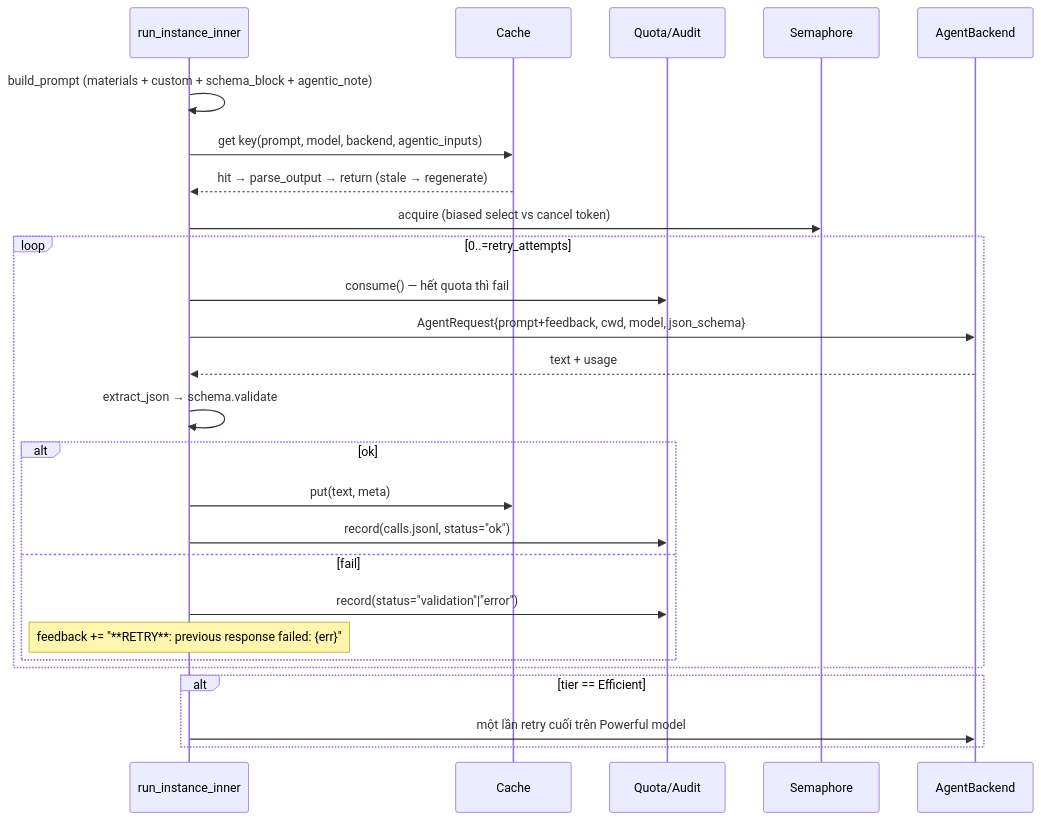
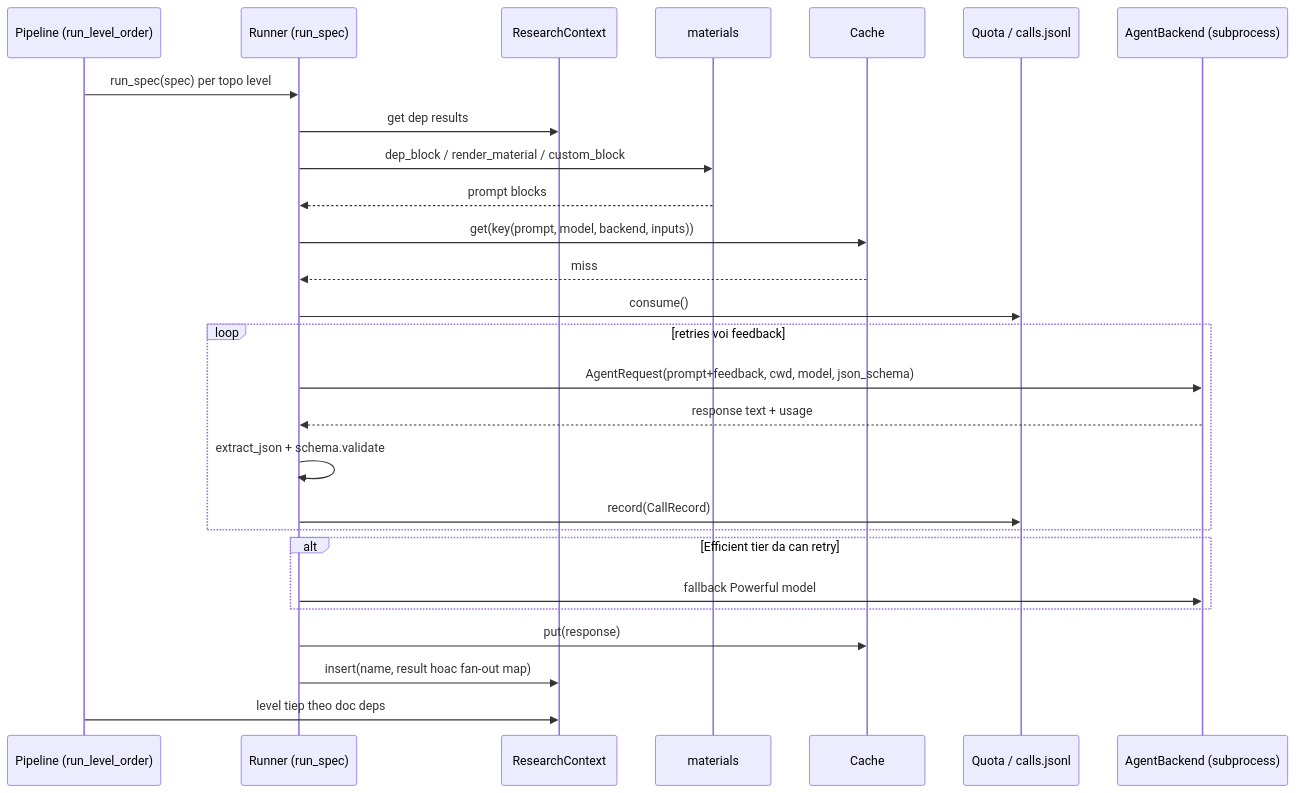
Before and after one commit to tidusvn05/agentwiki: the third of 3 diagrams in docs/vi/4.Deep-Exploration/Agent Orchestration & Analysis.md, drawn with Mermaid. The commit also changed other lines of this file and 10 other files, not shown here.

````diff
--- a/docs/vi/4.Deep-Exploration/Agent Orchestration & Analysis.md
+++ b/docs/vi/4.Deep-Exploration/Agent Orchestration & Analysis.md
@@ -96,28 +122,30 @@
 ```mermaid
 sequenceDiagram
-  participant R as run_instance_inner
-  participant C as Cache
-  participant Q as Quota/Audit
-  participant S as Semaphore
-  participant B as AgentBackend
-  R->>R: build_prompt (materials + custom + schema_block + agentic_note)
-  R->>C: get key(prompt, model, backend, agentic_inputs)
-  C-->>R: hit → parse_output → return (stale → regenerate)
-  R->>S: acquire (biased select vs cancel token)
-  loop 0..=retry_attempts
-    R->>Q: consume() — hết quota thì fail
-    R->>B: AgentRequest{prompt+feedback, cwd, model, json_schema}
-    B-->>R: text + usage
-    R->>R: extract_json → schema.validate
-    alt ok
-      R->>C: put(text, meta)
-      R->>Q: record(calls.jsonl, status="ok")
-    else fail
-      R->>Q: record(status="validation"|"error")
-      Note over R: feedback += "**RETRY**: previous response failed: {err}"
+    participant P as Pipeline (run_level_order)
+    participant R as Runner (run_spec)
+    participant C as ResearchContext
+    participant M as materials
+    participant K as Cache
+    participant Q as Quota / calls.jsonl
+    participant B as AgentBackend (subprocess)
+
+    P->>R: run_spec(spec) per topo level
+    R->>C: get dep results
+    R->>M: dep_block / render_material / custom_block
+    M-->>R: prompt blocks
+    R->>K: get(key(prompt, model, backend, inputs))
+    K-->>R: miss
+    R->>Q: consume()
+    loop retries voi feedback
+        R->>B: AgentRequest(prompt+feedback, cwd, model, json_schema)
+        B-->>R: response text + usage
+        R->>R: extract_json + schema.validate
+        R->>Q: record(CallRecord)
     end
-  end
-  alt tier == Efficient
-    R->>B: một lần retry cuối trên Powerful model
-  end
+    alt Efficient tier da can retry
+        R->>B: fallback Powerful model
+    end
+    R->>K: put(response)
+    R->>C: insert(name, result hoac fan-out map)
+    P->>C: level tiep theo doc deps
 ```
````
